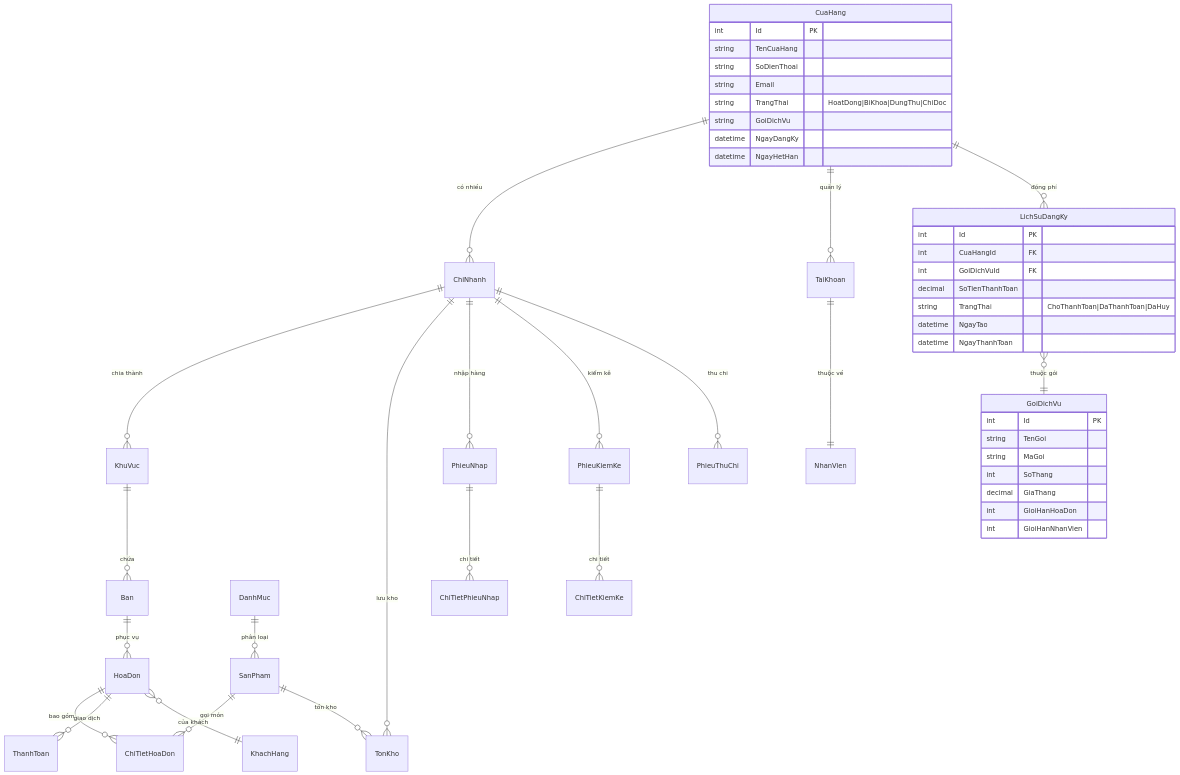
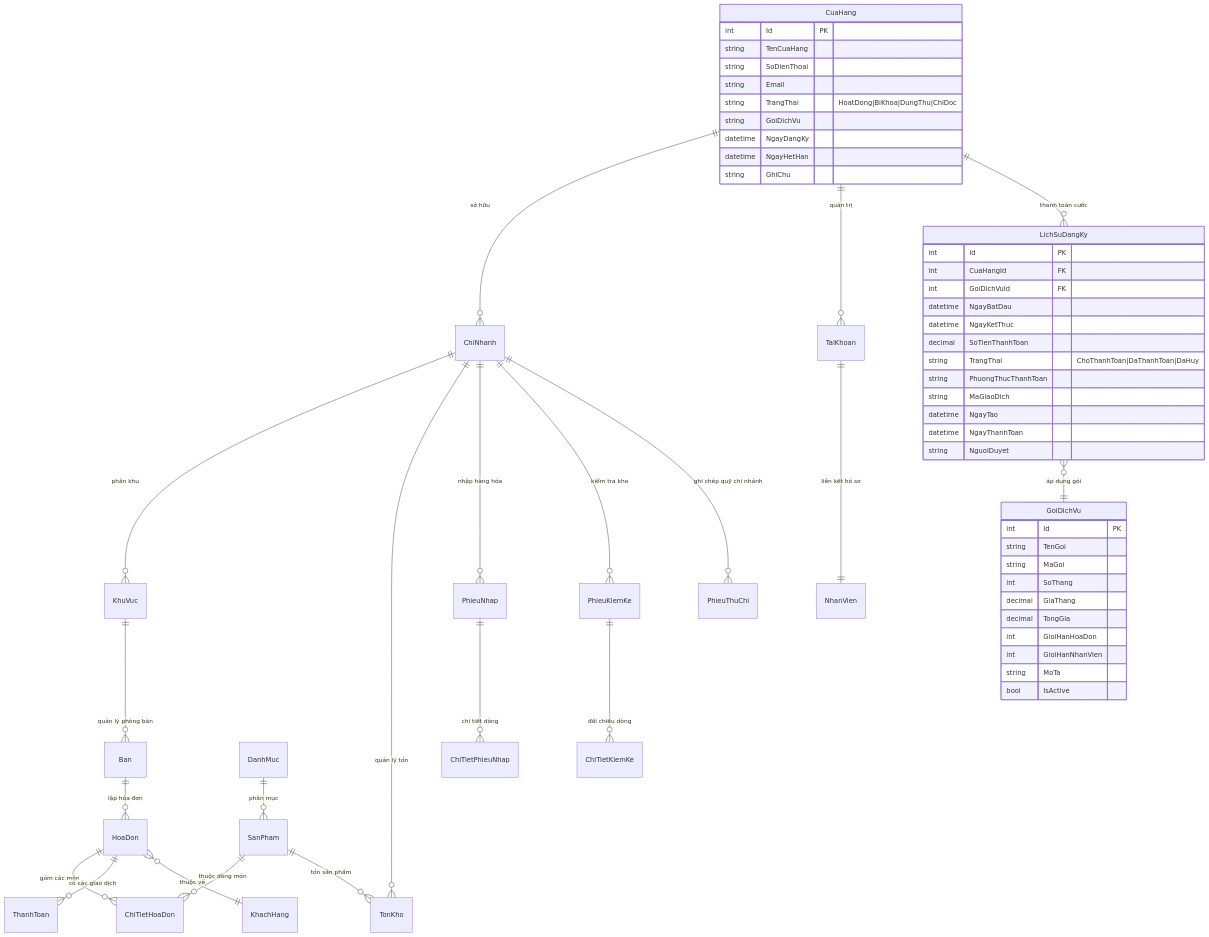
The second of 5 diagrams in README.md (Nhanduc2912/POS36), drawn with Mermaid before and after one commit. The commit also changed other lines of this file, not shown here.

````diff
--- a/README.md
+++ b/README.md
@@ -209,54 +226,63 @@
 ```mermaid
 erDiagram
-    CuaHang ||--o{ ChiNhanh : "có nhiều"
-    CuaHang ||--o{ TaiKhoan : "quản lý"
-    CuaHang ||--o{ LichSuDangKy : "đóng phí"
-    LichSuDangKy }o--|| GoiDichVu : "thuộc gói"
-    ChiNhanh ||--o{ KhuVuc : "chia thành"
-    ChiNhanh ||--o{ TonKho : "lưu kho"
-    KhuVuc ||--o{ Ban : "chứa"
-    Ban ||--o{ HoaDon : "phục vụ"
-    TaiKhoan ||--|| NhanVien : "thuộc về"
-    DanhMuc ||--o{ SanPham : "phân loại"
-    SanPham ||--o{ ChiTietHoaDon : "gọi món"
-    SanPham ||--o{ TonKho : "tồn kho"
-    HoaDon ||--o{ ChiTietHoaDon : "bao gồm"
-    HoaDon ||--o{ ThanhToan : "giao dịch"
-    HoaDon }o--|| KhachHang : "của khách"
-    ChiNhanh ||--o{ PhieuNhap : "nhập hàng"
-    PhieuNhap ||--o{ ChiTietPhieuNhap : "chi tiết"
-    ChiNhanh ||--o{ PhieuKiemKe : "kiểm kê"
-    PhieuKiemKe ||--o{ ChiTietKiemKe : "chi tiết"
-    ChiNhanh ||--o{ PhieuThuChi : "thu chi"
-    
+    CuaHang ||--o{ ChiNhanh : "sở hữu"
+    CuaHang ||--o{ TaiKhoan : "quản trị"
+    CuaHang ||--o{ LichSuDangKy : "thanh toán cước"
+    LichSuDangKy }o--|| GoiDichVu : "áp dụng gói"
+    ChiNhanh ||--o{ KhuVuc : "phân khu"
+    ChiNhanh ||--o{ TonKho : "quản lý tồn"
+    KhuVuc ||--o{ Ban : "quản lý phòng bàn"
+    Ban ||--o{ HoaDon : "lập hóa đơn"
+    TaiKhoan ||--|| NhanVien : "liên kết hồ sơ"
+    DanhMuc ||--o{ SanPham : "phân mục"
+    SanPham ||--o{ ChiTietHoaDon : "thuộc dòng món"
+    SanPham ||--o{ TonKho : "tồn sản phẩm"
+    HoaDon ||--o{ ChiTietHoaDon : "gồm các món"
+    HoaDon ||--o{ ThanhToan : "có các giao dịch"
+    HoaDon }o--|| KhachHang : "thuộc về"
+    ChiNhanh ||--o{ PhieuNhap : "nhập hàng hóa"
+    PhieuNhap ||--o{ ChiTietPhieuNhap : "chi tiết dòng"
+    ChiNhanh ||--o{ PhieuKiemKe : "kiểm tra kho"
+    PhieuKiemKe ||--o{ ChiTietKiemKe : "đối chiếu dòng"
+    ChiNhanh ||--o{ PhieuThuChi : "ghi chép quỹ chi nhánh"
+
     CuaHang {
         int Id PK
         string TenCuaHang
         string SoDienThoai
         string Email
         string TrangThai "HoatDong|BiKhoa|DungThu|ChiDoc"
         string GoiDichVu
         datetime NgayDangKy
         datetime NgayHetHan
-    }
-    
-    LichSuDangKy {
-        int Id PK
-        int CuaHangId FK
-        int GoiDichVuId FK
-        decimal SoTienThanhToan
-        string TrangThai "ChoThanhToan|DaThanhToan|DaHuy"
-        datetime NgayTao
-        datetime NgayThanhToan
+        string GhiChu
     }
     
     GoiDichVu {
         int Id PK
         string TenGoi
         string MaGoi
         int SoThang
         decimal GiaThang
+        decimal TongGia
         int GioiHanHoaDon
         int GioiHanNhanVien
+        string MoTa
+        bool IsActive
+    }
+
+    LichSuDangKy {
+        int Id PK
+        int CuaHangId FK
+        int GoiDichVuId FK
+        datetime NgayBatDau
+        datetime NgayKetThuc
+        decimal SoTienThanhToan
+        string TrangThai "ChoThanhToan|DaThanhToan|DaHuy"
+        string PhuongThucThanhToan
+        string MaGiaoDich
+        datetime NgayTao
+        datetime NgayThanhToan
+        string NguoiDuyet
     }
 ```
````
